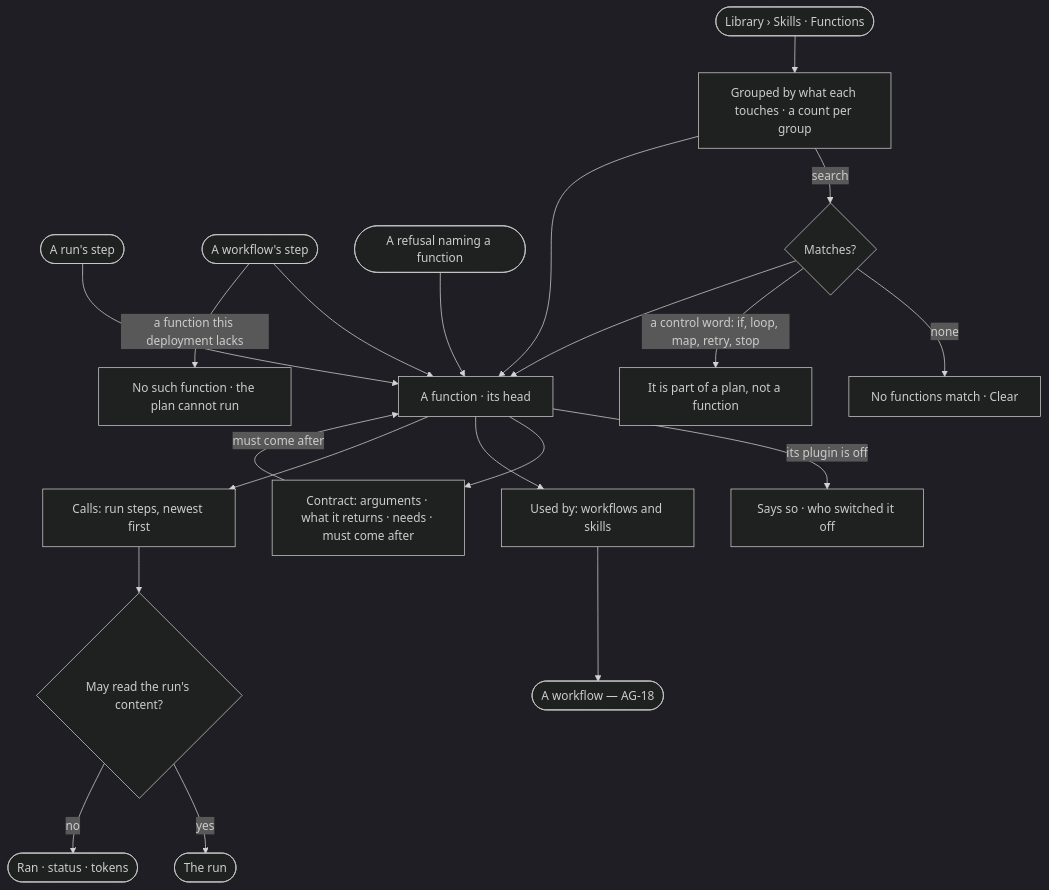
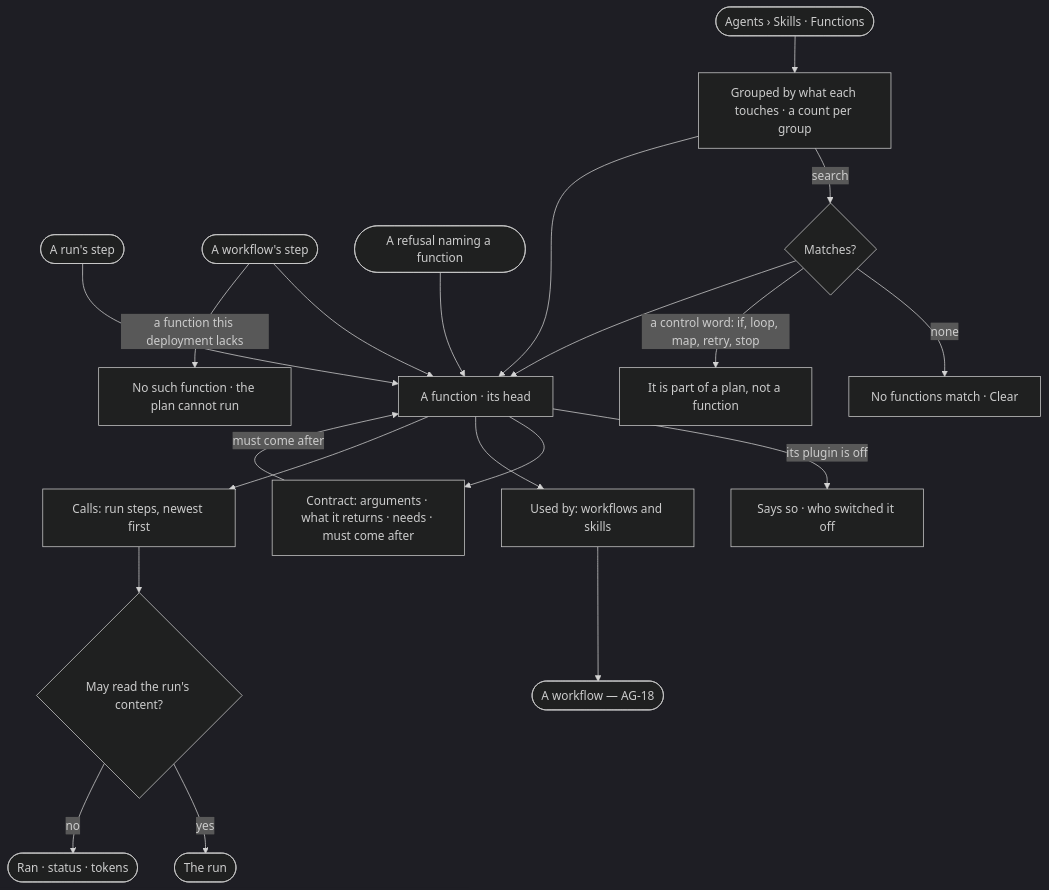
Before and after one commit to invana/invana: the diagram in specs/capabilities/agents/features/AG-F06-plans-and-workflows/stories/AG-38-read-every-function-and-what-calls-it/story.md, drawn with Mermaid (dark theme). The commit also changed other lines of this file and 106 other files, not shown here.

````diff
--- a/specs/capabilities/agents/features/AG-F06-plans-and-workflows/stories/AG-38-read-every-function-and-what-calls-it/story.md
+++ b/specs/capabilities/agents/features/AG-F06-plans-and-workflows/stories/AG-38-read-every-function-and-what-calls-it/story.md
@@ -28,20 +28,20 @@
 ```mermaid
 flowchart TD
-  b([Library › Skills · Functions]) --> g["Grouped by what each touches · a count per group"]
+  b([Agents › Skills · Functions]) --> g["Grouped by what each touches · a count per group"]
   s([A run's step]) --> f
   p([A workflow's step]) --> f
   r([A refusal naming a function]) --> f
   g -->|search| q{"Matches?"}
   q -->|none| qx["No functions match · Clear"]
   q -->|a control word: if, loop, map, retry, stop| cf["It is part of a plan, not a function"]
   q --> f["A function · its head"]
   g --> f
   f -->|its plugin is off| off["Says so · who switched it off"]
   f --> c["Contract: arguments · what it returns · needs · must come after"]
   c -->|must come after| f
   f --> u["Used by: workflows and skills"] --> pl(["A workflow — AG-18"])
   f --> k["Calls: run steps, newest first"] --> priv{"May read the run's content?"}
   priv -->|yes| run(["The run"])
   priv -->|no| wh(["Ran · status · tokens"])
   p -->|a function this deployment lacks| nx["No such function · the plan cannot run"]
 ```
````
